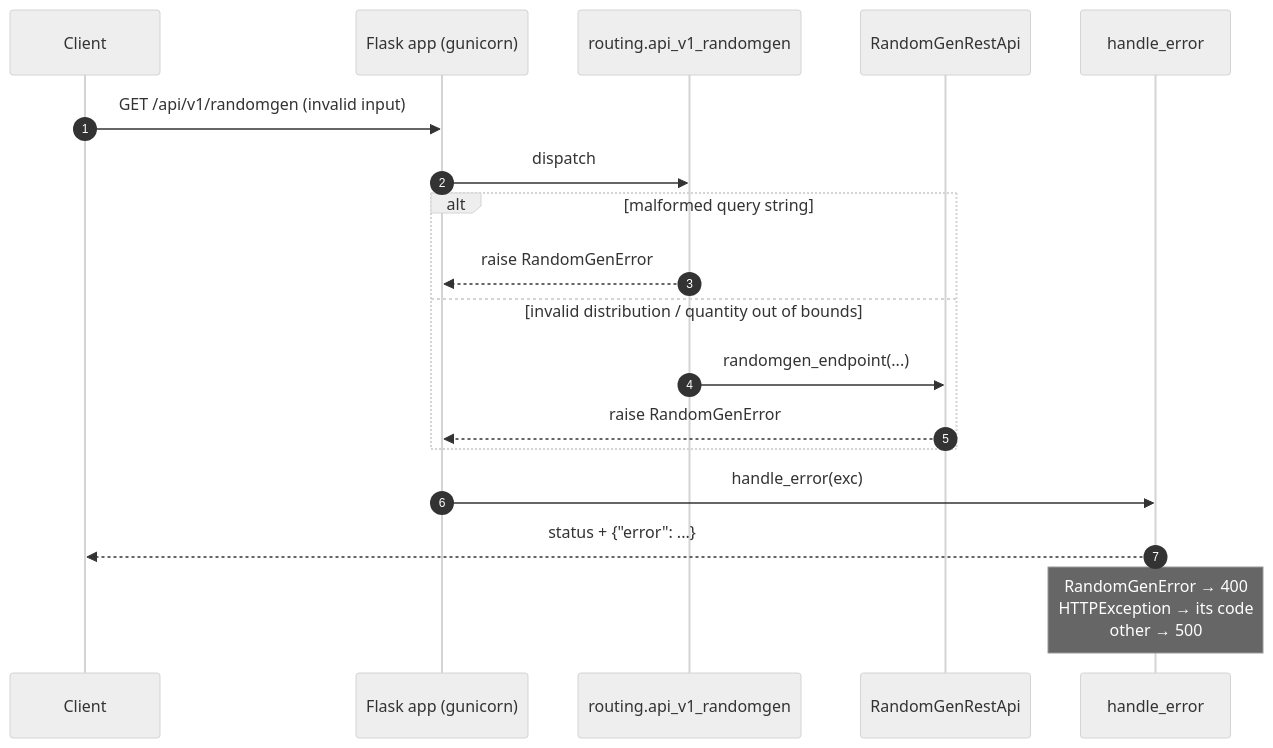
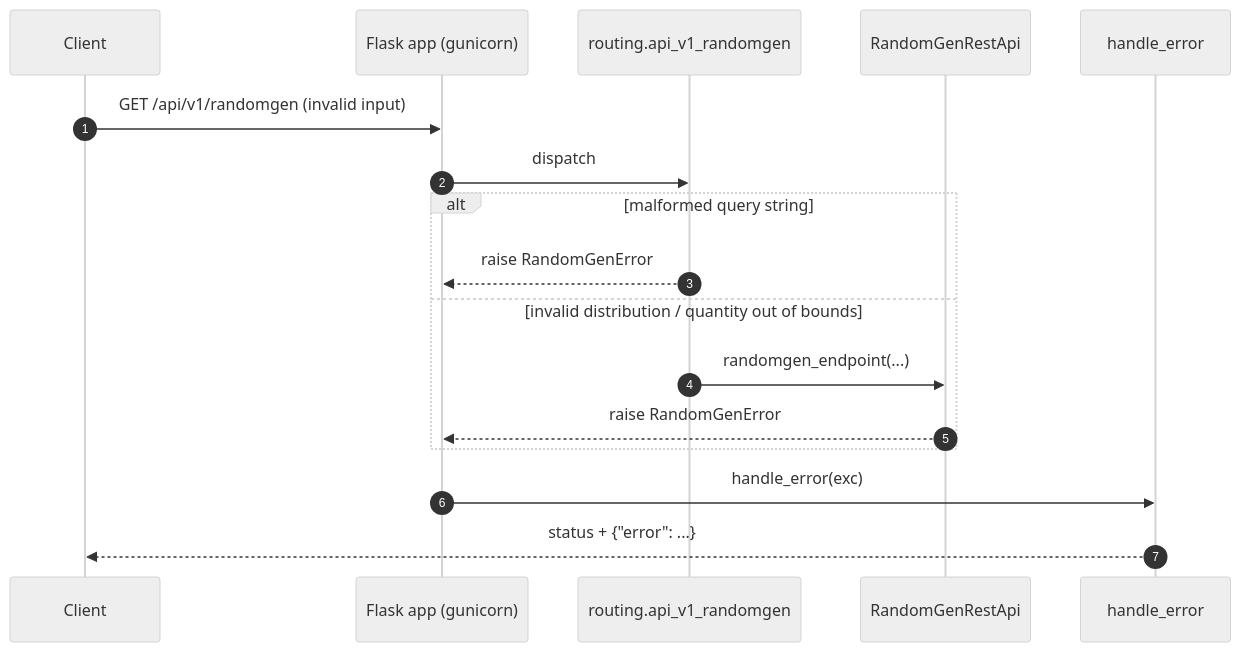
Before and after one commit to braboj/demo-randomgen: the second of 3 diagrams in docs/arc42/06-runtime-view.md, drawn with Mermaid (neutral theme). The commit also changed other lines of this file, not shown here.

First line of the commit message:
docs(arc42): de-duplicate §6.2 error mapping; §6.4 labels use ":"

````diff
--- a/docs/arc42/06-runtime-view.md
+++ b/docs/arc42/06-runtime-view.md
@@ -57,21 +57,20 @@
 ```mermaid
 sequenceDiagram
     autonumber
     participant C as Client
     participant F as Flask app (gunicorn)
     participant R as routing.api_v1_randomgen
     participant API as RandomGenRestApi
     participant EH as handle_error
 
     C->>F: GET /api/v1/randomgen (invalid input)
     F->>R: dispatch
     alt malformed query string
         R-->>F: raise RandomGenError
     else invalid distribution / quantity out of bounds
         R->>API: randomgen_endpoint(...)
         API-->>F: raise RandomGenError
     end
     F->>EH: handle_error(exc)
     EH-->>C: status + {"error": ...}
-    Note over EH: RandomGenError → 400<br/>HTTPException → its code<br/>other → 500
 ```
````
